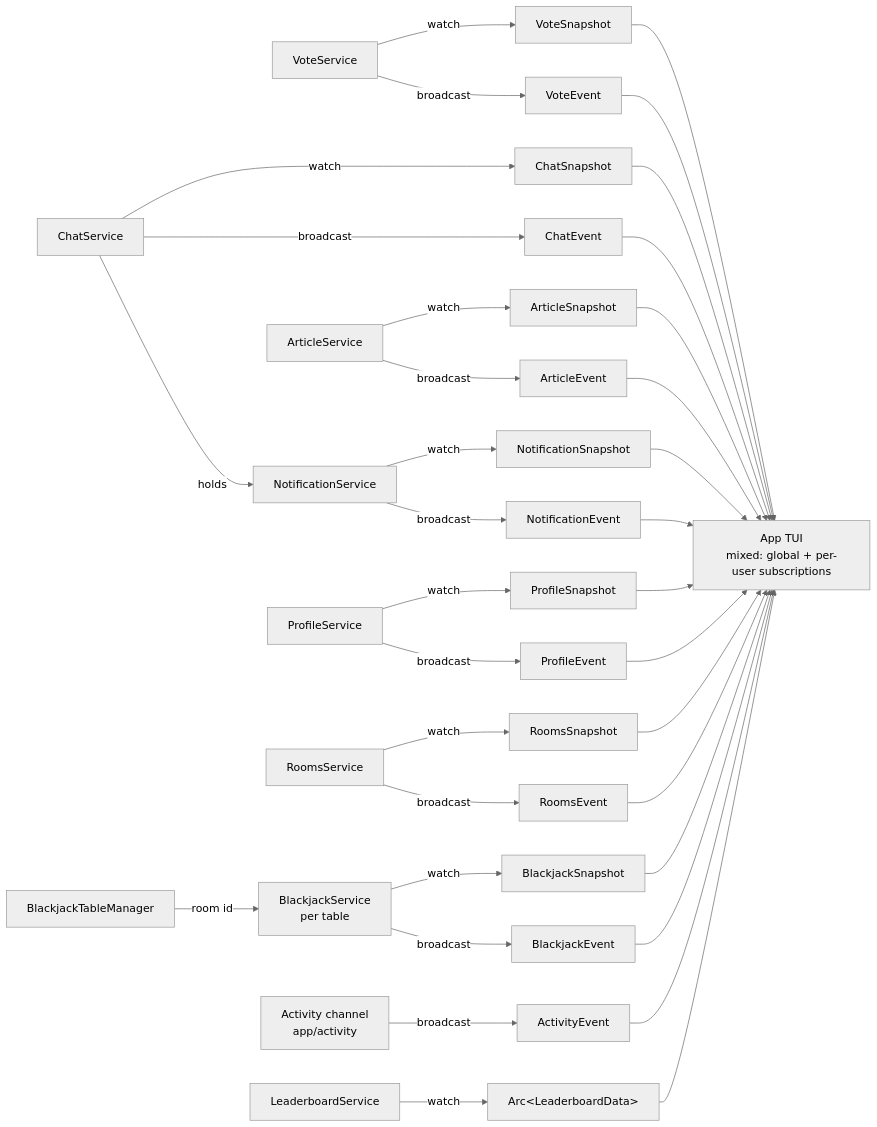
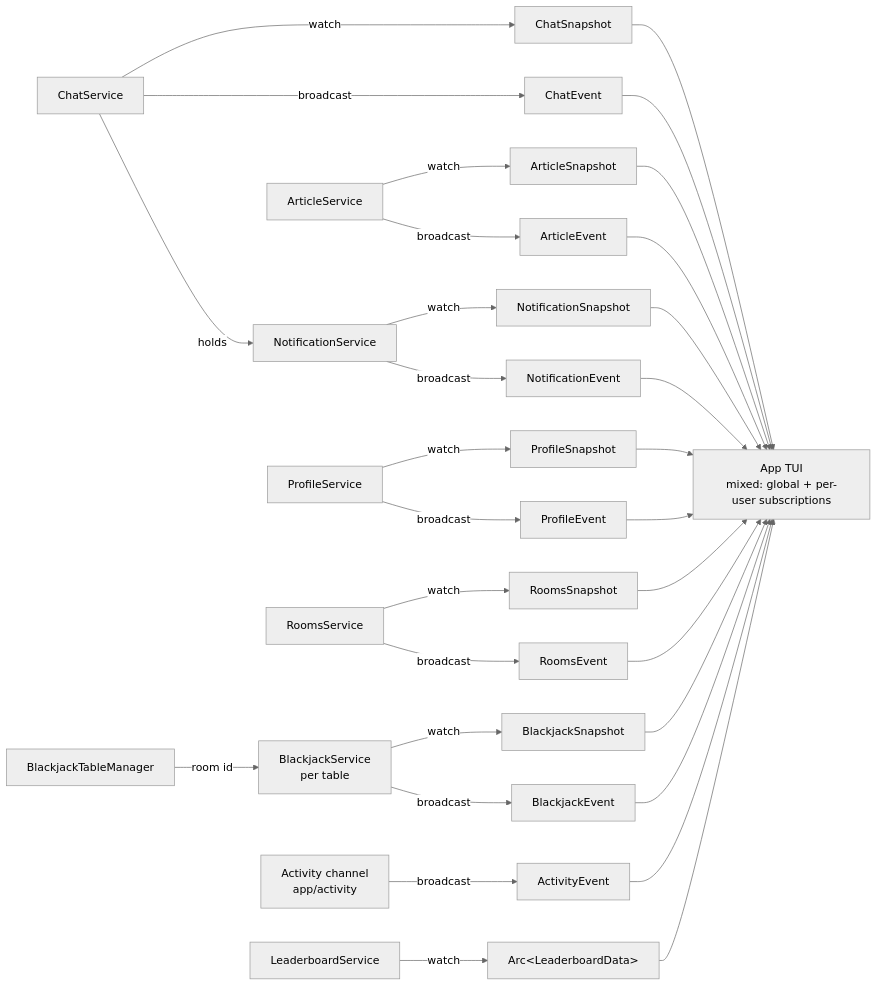
The fourth of 6 diagrams in CONTEXT.md (mpiorowski/late-sh), drawn with Mermaid (neutral theme) before and after one commit. The commit also changed other lines of this file and 56 other files, not shown here.

````diff
--- a/CONTEXT.md
+++ b/CONTEXT.md
@@ -233,38 +233,34 @@
 ```mermaid
 flowchart LR
-    VS["VoteService"] -->|"watch"| VSS["VoteSnapshot"]
-    VS -->|"broadcast"| VSE["VoteEvent"]
     CS["ChatService"] -->|"watch"| CSS["ChatSnapshot"]
     CS -->|"broadcast"| CSE["ChatEvent"]
     AS["ArticleService"] -->|"watch"| ASS["ArticleSnapshot"]
     AS -->|"broadcast"| ASE["ArticleEvent"]
     NS["NotificationService"] -->|"watch"| NSS["NotificationSnapshot"]
     NS -->|"broadcast"| NSE["NotificationEvent"]
     CS -->|"holds"| NS
     PS["ProfileService"] -->|"watch"| PSS["ProfileSnapshot"]
     PS -->|"broadcast"| PSE["ProfileEvent"]
     RS["RoomsService"] -->|"watch"| RSS["RoomsSnapshot"]
     RS -->|"broadcast"| RSE["RoomsEvent"]
     BJM["BlackjackTableManager"] -->|"room id"| BJS["BlackjackService<br/>per table"]
     BJS -->|"watch"| BJSS["BlackjackSnapshot"]
     BJS -->|"broadcast"| BJSE["BlackjackEvent"]
     AF["Activity channel<br/>app/activity"] -->|"broadcast"| AFE["ActivityEvent"]
     LB["LeaderboardService"] -->|"watch"| LBS["Arc&lt;LeaderboardData&gt;"]
 
-    VSS --> APP["App TUI<br/>mixed: global + per-user subscriptions"]
-    VSE --> APP
-    CSS --> APP
+    CSS --> APP["App TUI<br/>mixed: global + per-user subscriptions"]
     CSE --> APP
     ASS --> APP
     ASE --> APP
     NSS --> APP
     NSE --> APP
     PSS --> APP
     PSE --> APP
     RSS --> APP
     RSE --> APP
     BJSS --> APP
     BJSE --> APP
     AFE --> APP
     LBS --> APP
 ```
````
